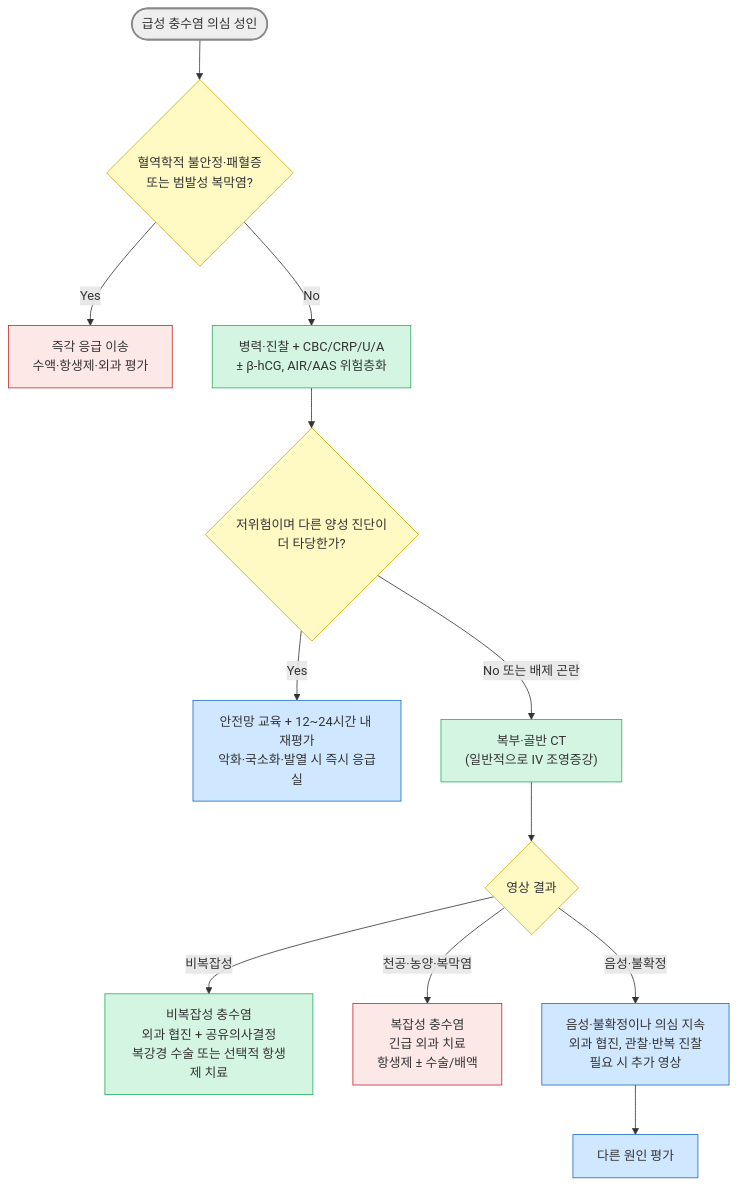
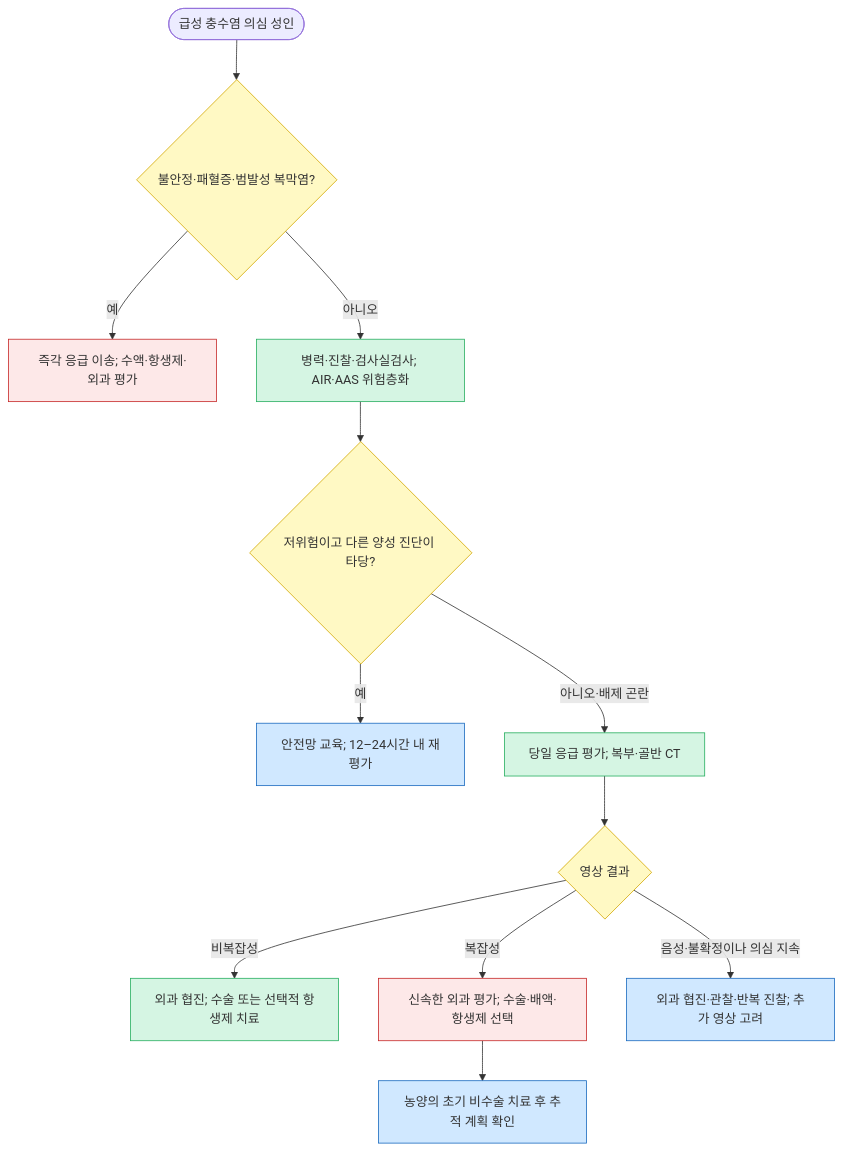
The diagram in 224_/088_-acute-appendicitis.md (familyoh77/familyoh77), drawn with Mermaid before and after one commit. The commit also changed other lines of this file and 2 other files, not shown here.

````diff
--- a/224_/088_-acute-appendicitis.md
+++ b/224_/088_-acute-appendicitis.md
@@ -132,37 +136,22 @@
 ```mermaid
 graph TD
-
-A(["급성 충수염 의심 성인"])
-B{"혈역학적 불안정·패혈증<br/>또는 범발성 복막염?"}
-C["즉각 응급 이송<br/>수액·항생제·외과 평가"]
-D["병력·진찰 + CBC/CRP/U/A<br/>± β-hCG, AIR/AAS 위험층화"]
-E{"저위험이며 다른 양성 진단이<br/>더 타당한가?"}
-F["안전망 교육 + 12~24시간 내 재평가<br/>악화·국소화·발열 시 즉시 응급실"]
-G["복부·골반 CT<br/>(일반적으로 IV 조영증강)"]
-H{"영상 결과"}
-I["비복잡성 충수염<br/>외과 협진 + 공유의사결정<br/>복강경 수술 또는 선택적 항생제 치료"]
-J["복잡성 충수염<br/>긴급 외과 치료<br/>항생제 ± 수술/배액"]
-K["음성·불확정이나 의심 지속<br/>외과 협진, 관찰·반복 진찰<br/>필요 시 추가 영상"]
-L["다른 원인 평가"]
-
-A --> B
-B -- "Yes" --> C
-B -- "No" --> D --> E
-E -- "Yes" --> F
-E -- "No 또는 배제 곤란" --> G --> H
-H -- "비복잡성" --> I
-H -- "천공·농양·복막염" --> J
-H -- "음성·불확정" --> K
-K --> L
-
-classDef gray fill:#eeeeee,stroke:#888888,stroke-width:2px
-class A gray
-classDef red fill:#fde8e8,stroke:#c62828
-class C,J red
-classDef green fill:#d5f5e3,stroke:#27ae60
-class D,G,I green
-classDef yellow fill:#fff9c4,stroke:#d4a900
-class B,E,H yellow
-classDef blue fill:#d0e8ff,stroke:#1a6abf
-class F,K,L blue
+    A(["급성 충수염 의심 성인"]) --> B{"불안정·패혈증·범발성 복막염?"}
+    B -- "예" --> C["즉각 응급 이송; 수액·항생제·외과 평가"]
+    B -- "아니오" --> D["병력·진찰·검사실검사; AIR·AAS 위험층화"]
+    D --> E{"저위험이고 다른 양성 진단이 타당?"}
+    E -- "예" --> F["안전망 교육; 12–24시간 내 재평가"]
+    E -- "아니오·배제 곤란" --> G["당일 응급 평가; 복부·골반 CT"]
+    G --> H{"영상 결과"}
+    H -- "비복잡성" --> I["외과 협진; 수술 또는 선택적 항생제 치료"]
+    H -- "복잡성" --> J["신속한 외과 평가; 수술·배액·항생제 선택"]
+    H -- "음성·불확정이나 의심 지속" --> K["외과 협진·관찰·반복 진찰; 추가 영상 고려"]
+    J --> L["농양의 초기 비수술 치료 후 추적 계획 확인"]
+    classDef red fill:#fde8e8,stroke:#c62828
+    class C,J red
+    classDef green fill:#d5f5e3,stroke:#27ae60
+    class D,G,I green
+    classDef yellow fill:#fff9c4,stroke:#d4a900
+    class B,E,H yellow
+    classDef blue fill:#d0e8ff,stroke:#1a6abf
+    class F,K,L blue
 ```
````
